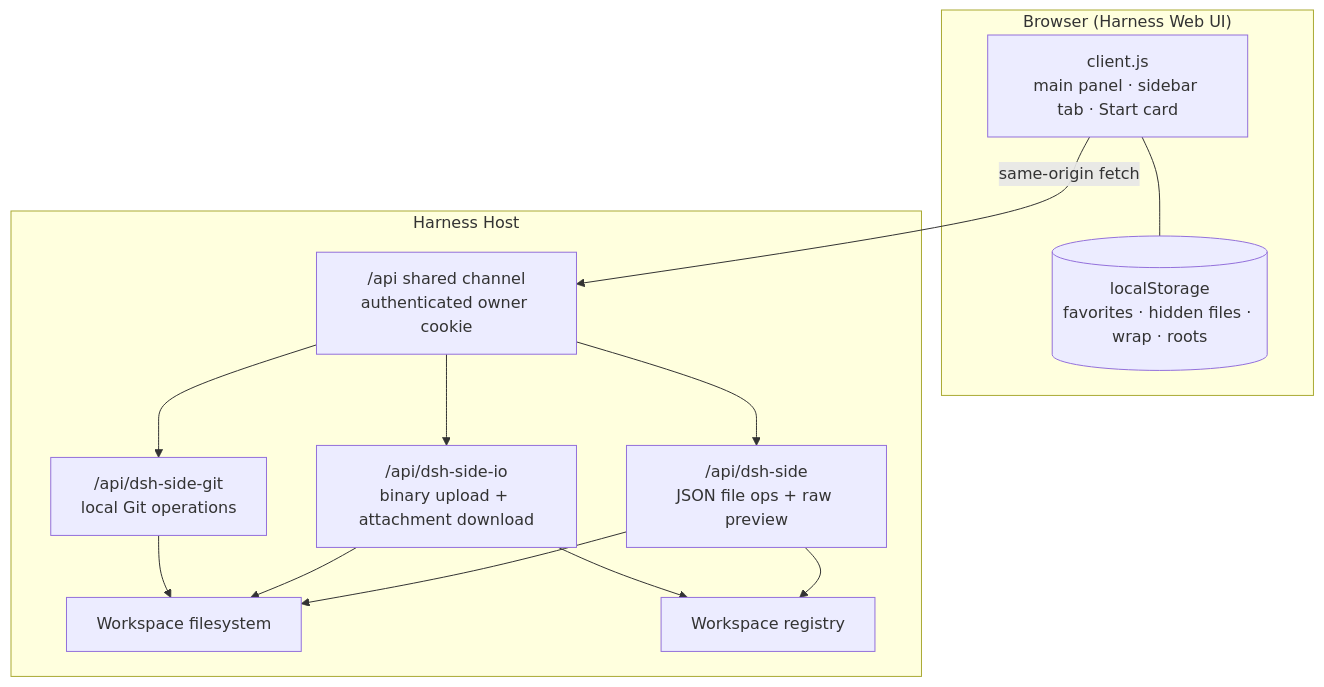
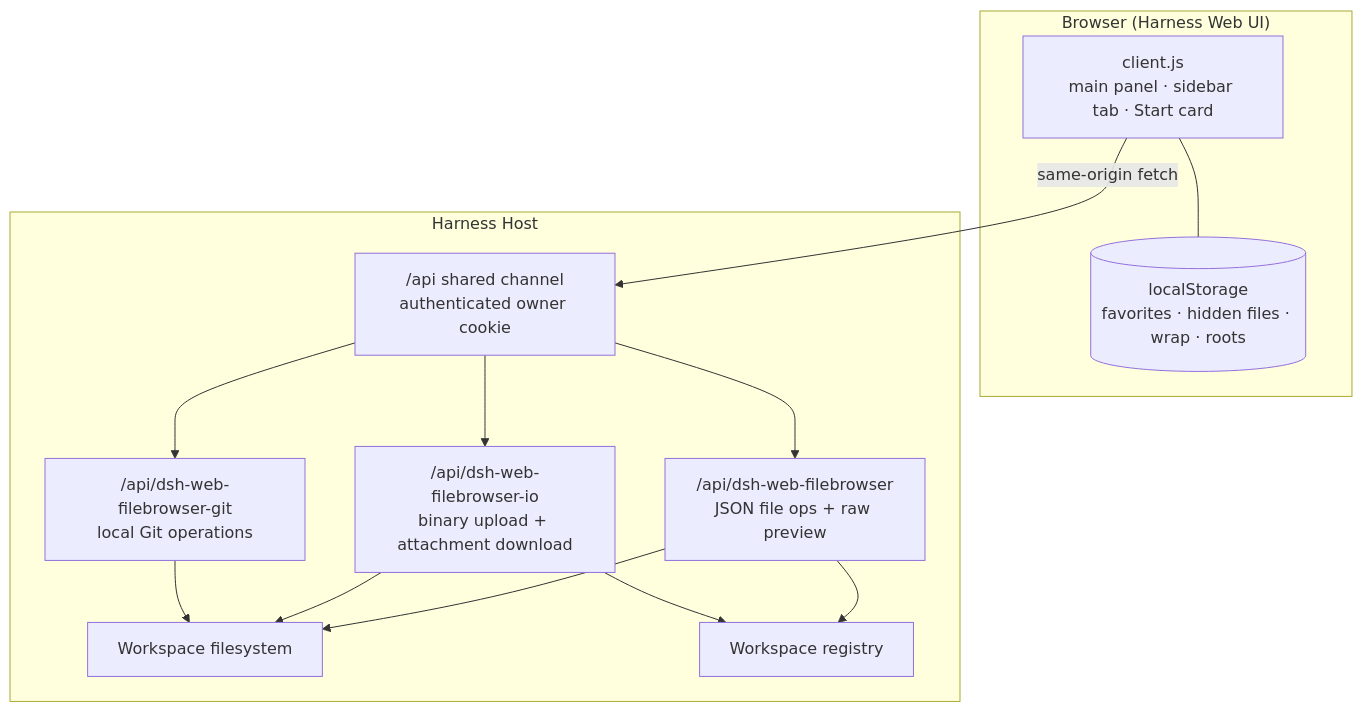
Before and after one commit to taskkill/dsh-web-dev-workspace: the diagram in README.md, drawn with Mermaid. The commit also changed other lines of this file and 36 other files, not shown here.

````diff
--- a/README.md
+++ b/README.md
@@ -368,27 +372,27 @@
 ```mermaid
 flowchart TB
   subgraph Browser["Browser (Harness Web UI)"]
     UI["client.js<br/>main panel · sidebar tab · Start card"]
     LS[("localStorage<br/>favorites · hidden files · wrap · roots")]
     UI --- LS
   end
 
   subgraph Host["Harness Host"]
     API["/api shared channel<br/>authenticated owner cookie"]
-    MAIN["/api/dsh-side<br/>JSON file ops + raw preview"]
-    IO["/api/dsh-side-io<br/>binary upload + attachment download"]
-    GIT["/api/dsh-side-git<br/>local Git operations"]
+    MAIN["/api/dsh-web-filebrowser<br/>JSON file ops + raw preview"]
+    IO["/api/dsh-web-filebrowser-io<br/>binary upload + attachment download"]
+    GIT["/api/dsh-web-filebrowser-git<br/>local Git operations"]
     FS["Workspace filesystem"]
     REG["Workspace registry"]
     API --> MAIN
     API --> IO
     API --> GIT
     MAIN --> FS
     IO --> FS
     GIT --> FS
     MAIN --> REG
     IO --> REG
   end
 
   UI -- "same-origin fetch" --> API
 ```
````
